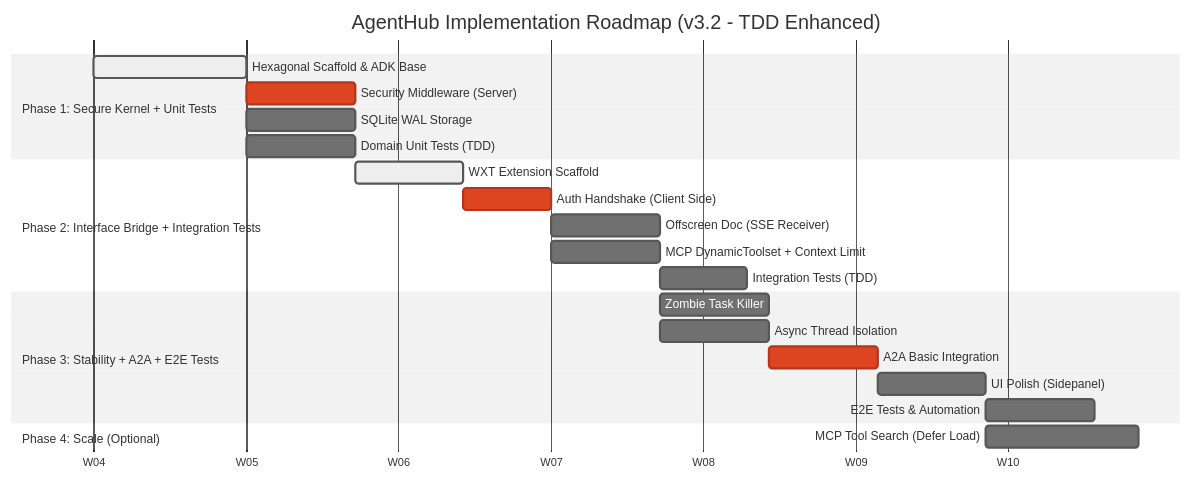
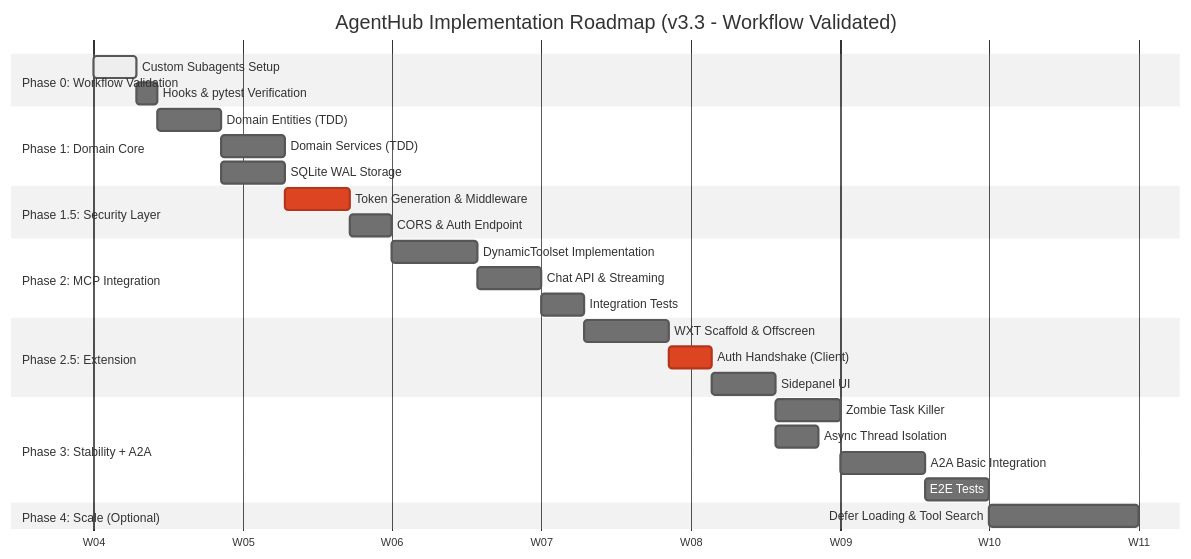
The diagram in docs/roadmap.md (circling-booster/AgentHub), drawn with Mermaid (neutral theme) before and after one commit. The commit also changed other lines of this file and 6 other files, not shown here.

````diff
--- a/docs/roadmap.md
+++ b/docs/roadmap.md
@@ -25,29 +26,38 @@
 ```mermaid
 gantt
-    title AgentHub Implementation Roadmap (v3.2 - TDD Enhanced)
+    title AgentHub Implementation Roadmap (v3.3 - Workflow Validated)
     dateFormat  YYYY-MM-DD
     axisFormat  W%W
 
-    section Phase 1: Secure Kernel + Unit Tests
-    Hexagonal Scaffold & ADK Base :active, p1, 2026-02-01, 7d
-    Security Middleware (Server)  :crit, p2, after p1, 5d
-    SQLite WAL Storage            :p3, after p1, 5d
-    Domain Unit Tests (TDD)       :p1t, after p1, 5d
+    section Phase 0: Workflow Validation
+    Custom Subagents Setup       :active, p0a, 2026-02-01, 2d
+    Hooks & pytest Verification  :p0b, after p0a, 1d
 
-    section Phase 2: Interface Bridge + Integration Tests
-    WXT Extension Scaffold        :active, p4, after p3, 5d
-    Auth Handshake (Client Side)  :crit, p5, after p4, 4d
-    Offscreen Doc (SSE Receiver)  :p6, after p5, 5d
-    MCP DynamicToolset + Context Limit :p7, after p5, 5d
-    Integration Tests (TDD)       :p2t, after p7, 4d
+    section Phase 1: Domain Core
+    Domain Entities (TDD)        :p1a, after p0b, 3d
+    Domain Services (TDD)        :p1b, after p1a, 3d
+    SQLite WAL Storage           :p1c, after p1a, 3d
 
-    section Phase 3: Stability + A2A + E2E Tests
-    Zombie Task Killer            :p8, after p7, 5d
-    Async Thread Isolation        :p9, after p7, 5d
-    A2A Basic Integration         :crit, p10, after p8, 5d
-    UI Polish (Sidepanel)         :p11, after p10, 5d
-    E2E Tests & Automation        :p3t, after p11, 5d
+    section Phase 1.5: Security Layer
+    Token Generation & Middleware :crit, p1d, after p1b, 3d
+    CORS & Auth Endpoint          :p1e, after p1d, 2d
+
+    section Phase 2: MCP Integration
+    DynamicToolset Implementation :p2a, after p1e, 4d
+    Chat API & Streaming          :p2b, after p2a, 3d
+    Integration Tests             :p2c, after p2b, 2d
+
+    section Phase 2.5: Extension
+    WXT Scaffold & Offscreen      :p2d, after p2c, 4d
+    Auth Handshake (Client)       :crit, p2e, after p2d, 2d
+    Sidepanel UI                  :p2f, after p2e, 3d
+
+    section Phase 3: Stability + A2A
+    Zombie Task Killer            :p3a, after p2f, 3d
+    Async Thread Isolation        :p3b, after p2f, 2d
+    A2A Basic Integration         :p3c, after p3a, 4d
+    E2E Tests                     :p3d, after p3c, 3d
 
     section Phase 4: Scale (Optional)
-    MCP Tool Search (Defer Load)  :p12, after p11, 7d
+    Defer Loading & Tool Search   :p4a, after p3d, 7d
 ```
````
